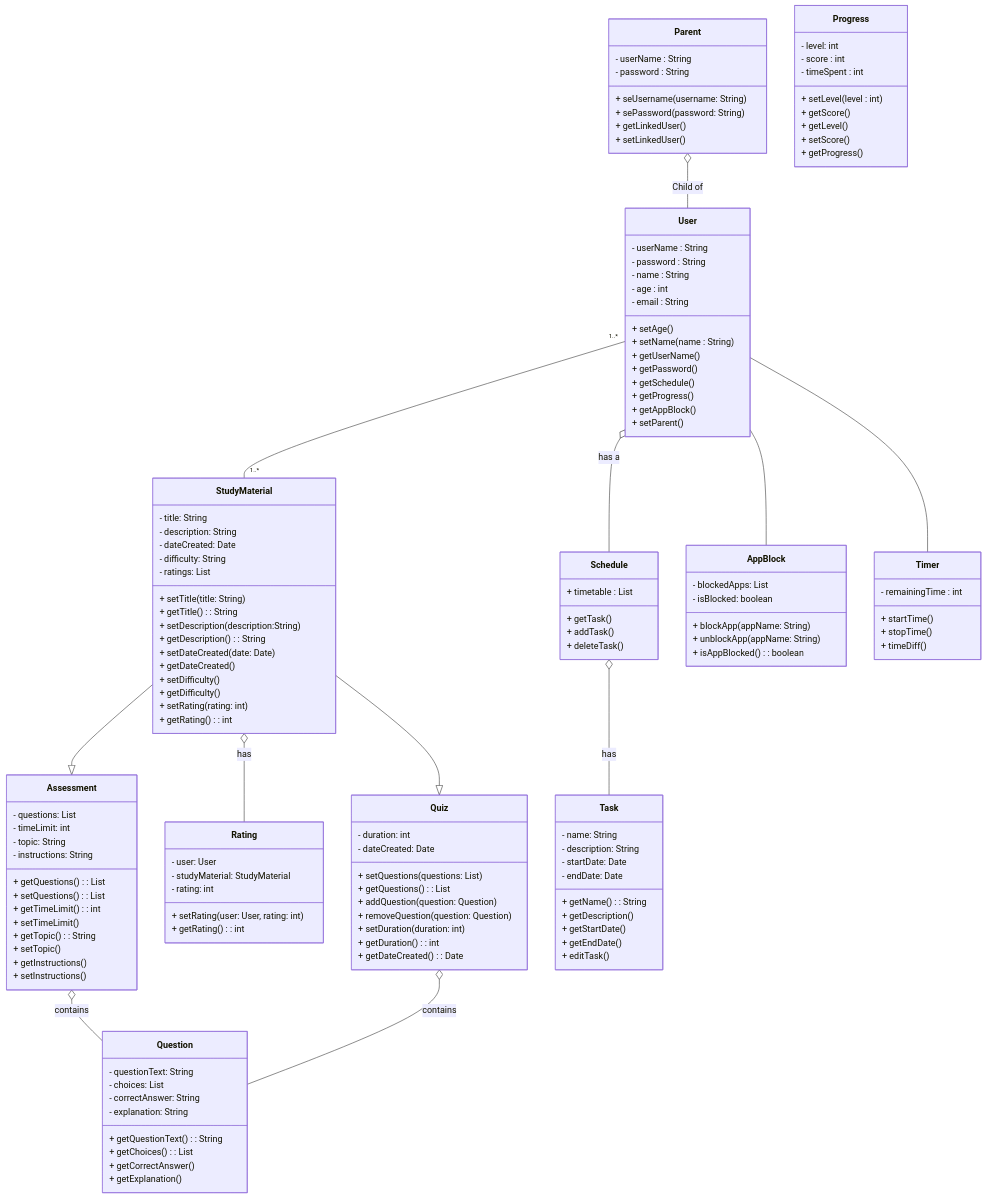
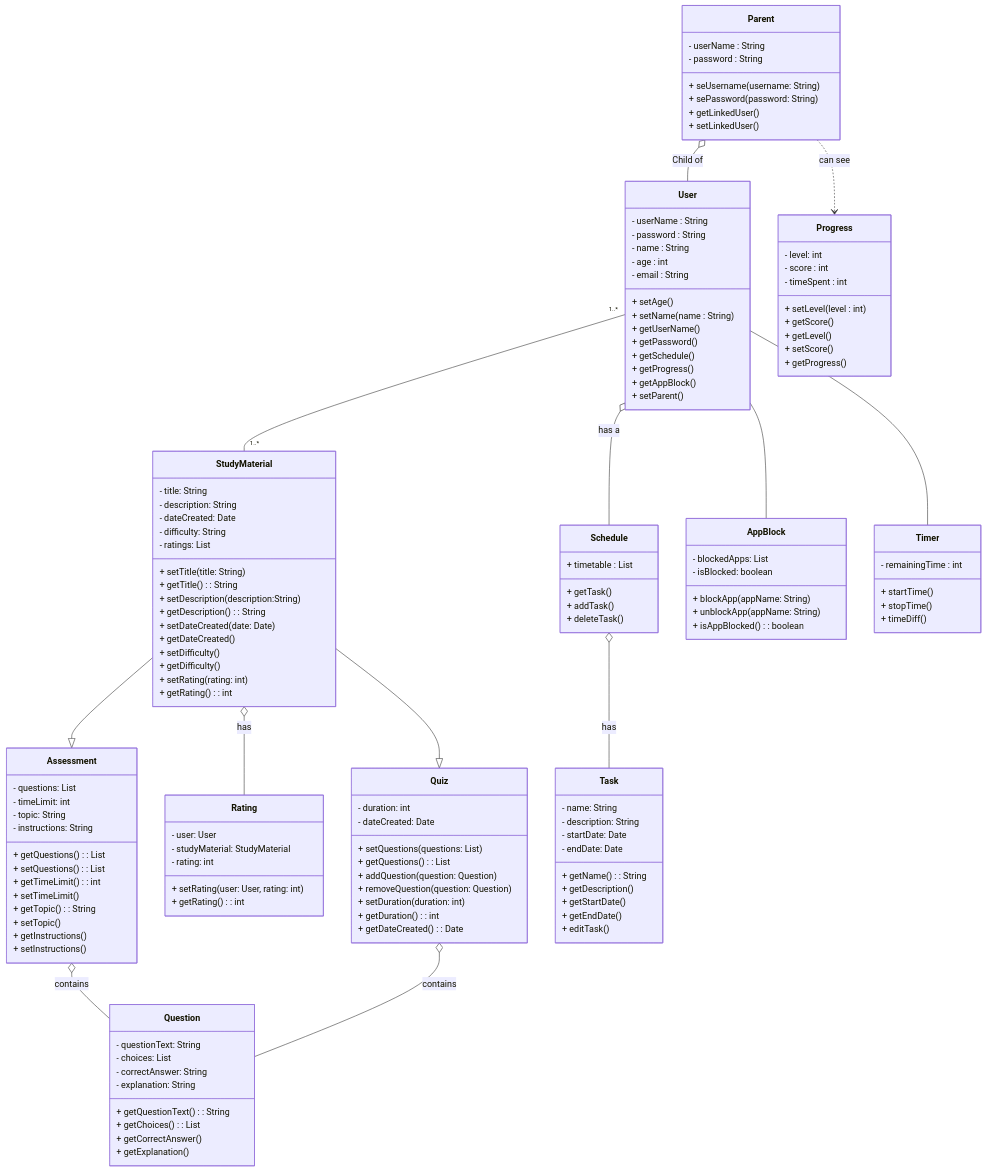
One commit to anony-hunter/test changed the diagram in UML.md. Above: the diagram before and after it, drawn with Mermaid.

````diff
--- a/UML.md
+++ b/UML.md
@@ -168,4 +168,5 @@
 Quiz o-- Question: contains
 StudyMaterial --|> Assessment
 StudyMaterial --|> Quiz
+Parent ..> Progress: can see
 ```
````
